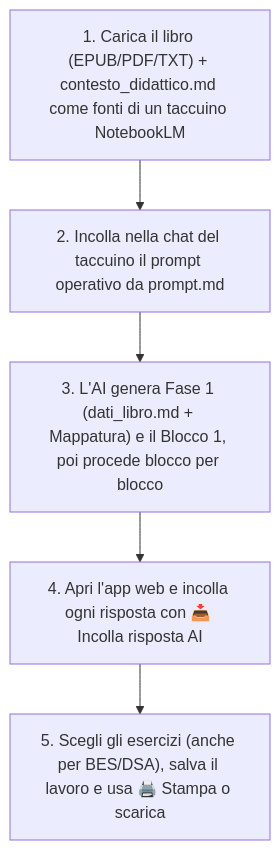
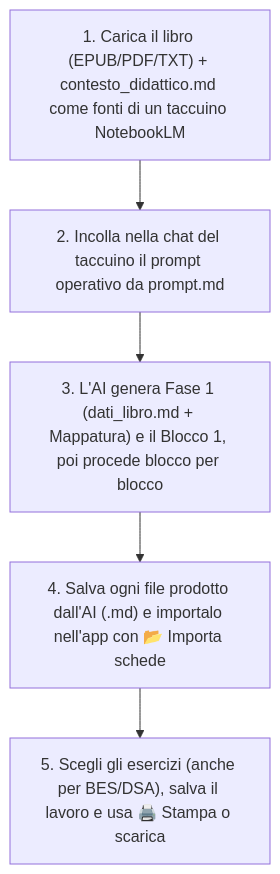
One commit to aalborghetti/AnalisiLibro changed the diagram in README.md. Above: the diagram before and after it, drawn with Mermaid. The commit also changed other lines of this file and 28 other files, not shown here.

````diff
--- a/README.md
+++ b/README.md
@@ -51,7 +68,7 @@
 ```mermaid
 flowchart TD
     A["1. Carica il libro (EPUB/PDF/TXT) + contesto_didattico.md come fonti di un taccuino NotebookLM"] --> B["2. Incolla nella chat del taccuino il prompt operativo da prompt.md"]
     B --> C["3. L'AI genera Fase 1 (dati_libro.md + Mappatura) e il Blocco 1, poi procede blocco per blocco"]
-    C --> D["4. Apri l'app web e incolla ogni risposta con 📥 Incolla risposta AI"]
+    C --> D["4. Salva ogni file prodotto dall'AI (.md) e importalo nell'app con 📂 Importa schede"]
     D --> E["5. Scegli gli esercizi (anche per BES/DSA), salva il lavoro e usa 🖨️ Stampa o scarica"]
 ```
````
